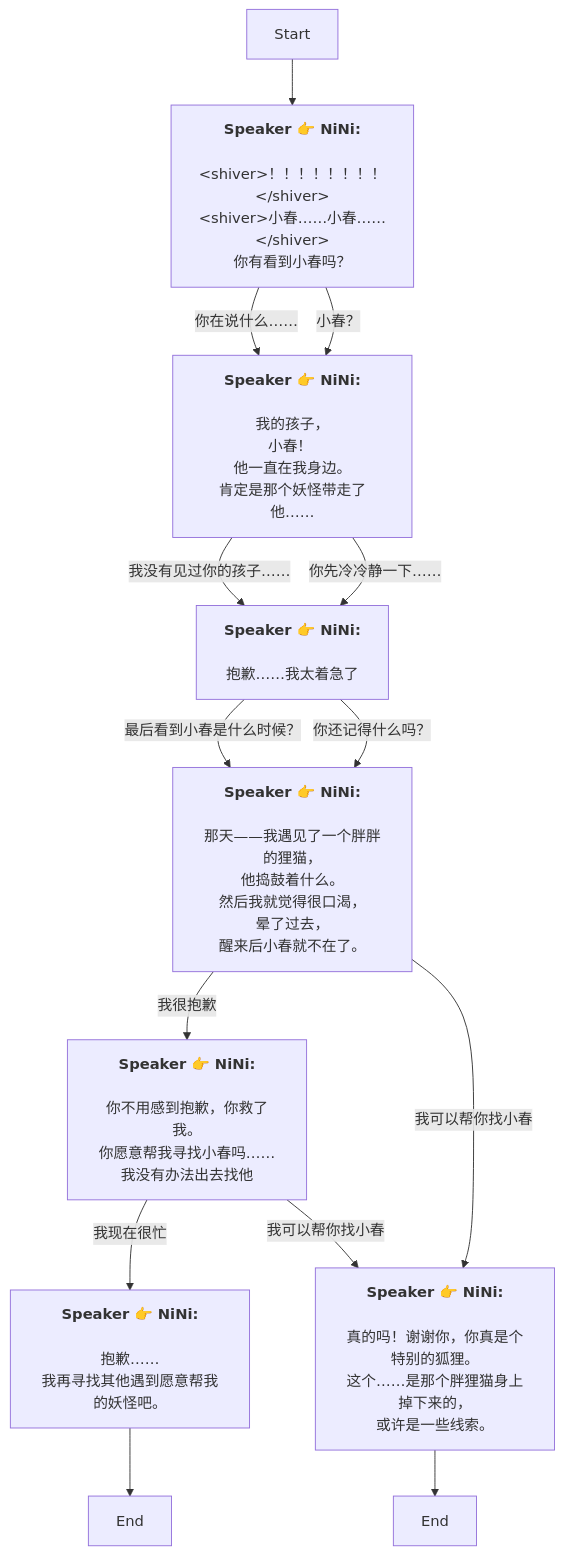
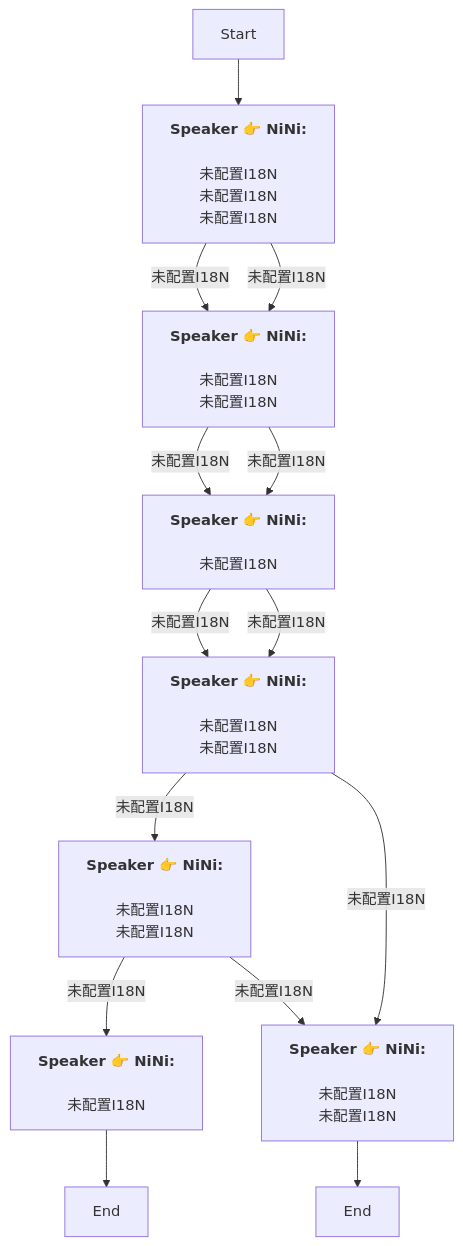
The diagram in Zh/QuestTalkObjectiveNode_1766053212522197.md (SoftHu/tos_avg), drawn with Mermaid before and after one commit. The commit also changed 730 other files, not shown here.

````diff
--- a/Zh/QuestTalkObjectiveNode_1766053212522197.md
+++ b/Zh/QuestTalkObjectiveNode_1766053212522197.md
@@ -1,42 +1,28 @@
 ```mermaid
 graph
 Start -->1766053515595483[<b>Speaker 👉 NiNi:</b>
-\n&lt;shiver&gt;！！！！！！！！&lt;/shiver&gt;\n&lt;shiver&gt;小春……小春……&lt;/shiver&gt;\n你有看到小春吗？]
-1766053515595483 -->|你在说什么……|1766055012627169[<b>Speaker 👉 NiNi:</b>
-\n我的孩子，
-小春！ 
-他一直在我身边。\n肯定是那个妖怪带走了他……]
-1766053515595483 -->|小春？|1766055012627169[<b>Speaker 👉 NiNi:</b>
-\n我的孩子，
-小春！ 
-他一直在我身边。\n肯定是那个妖怪带走了他……]
-1766055012627169 -->|我没有见过你的孩子……|1766056153452252[<b>Speaker 👉 NiNi:</b>
-\n抱歉……我太着急了]
-1766055012627169 -->|你先冷冷静一下……|1766056153452252[<b>Speaker 👉 NiNi:</b>
-\n抱歉……我太着急了]
-1766056153452252 -->|最后看到小春是什么时候？|1766056200126178[<b>Speaker 👉 NiNi:</b>
-\n那天——我遇见了一个胖胖的狸猫，
-他捣鼓着什么。\n然后我就觉得很口渴，
-晕了过去，
-醒来后小春就不在了。]
-1766056153452252 -->|你还记得什么吗？|1766056200126178[<b>Speaker 👉 NiNi:</b>
-\n那天——我遇见了一个胖胖的狸猫，
-他捣鼓着什么。\n然后我就觉得很口渴，
-晕了过去，
-醒来后小春就不在了。]
-1766056200126178 -->|我很抱歉|1766056329715434[<b>Speaker 👉 NiNi:</b>
-\n你不用感到抱歉，你救了我。\n你愿意帮我寻找小春吗……
-我没有办法出去找他]
-1766056200126178 -->|我可以帮你找小春|1766056269282024[<b>Speaker 👉 NiNi:</b>
-\n真的吗！谢谢你，你真是个特别的狐狸。\n这个……是那个胖狸猫身上掉下来的，
-或许是一些线索。]
+\n未配置I18N\n未配置I18N\n未配置I18N]
+1766053515595483 -->|未配置I18N|1766055012627169[<b>Speaker 👉 NiNi:</b>
+\n未配置I18N\n未配置I18N]
+1766053515595483 -->|未配置I18N|1766055012627169[<b>Speaker 👉 NiNi:</b>
+\n未配置I18N\n未配置I18N]
+1766055012627169 -->|未配置I18N|1766056153452252[<b>Speaker 👉 NiNi:</b>
+\n未配置I18N]
+1766055012627169 -->|未配置I18N|1766056153452252[<b>Speaker 👉 NiNi:</b>
+\n未配置I18N]
+1766056153452252 -->|未配置I18N|1766056200126178[<b>Speaker 👉 NiNi:</b>
+\n未配置I18N\n未配置I18N]
+1766056153452252 -->|未配置I18N|1766056200126178[<b>Speaker 👉 NiNi:</b>
+\n未配置I18N\n未配置I18N]
+1766056200126178 -->|未配置I18N|1766056329715434[<b>Speaker 👉 NiNi:</b>
+\n未配置I18N\n未配置I18N]
+1766056200126178 -->|未配置I18N|1766056269282024[<b>Speaker 👉 NiNi:</b>
+\n未配置I18N\n未配置I18N]
 1766056269282024 -->1766056308926185[End]
-1766056329715434 -->|我现在很忙|1766056401217265[<b>Speaker 👉 NiNi:</b>
-\n抱歉……
-我再寻找其他遇到愿意帮我的妖怪吧。]
-1766056329715434 -->|我可以帮你找小春|1766056269282024[<b>Speaker 👉 NiNi:</b>
-\n真的吗！谢谢你，你真是个特别的狐狸。\n这个……是那个胖狸猫身上掉下来的，
-或许是一些线索。]
+1766056329715434 -->|未配置I18N|1766056401217265[<b>Speaker 👉 NiNi:</b>
+\n未配置I18N]
+1766056329715434 -->|未配置I18N|1766056269282024[<b>Speaker 👉 NiNi:</b>
+\n未配置I18N\n未配置I18N]
 1766056401217265 -->1766056390392560[End]
 
 ```
````
